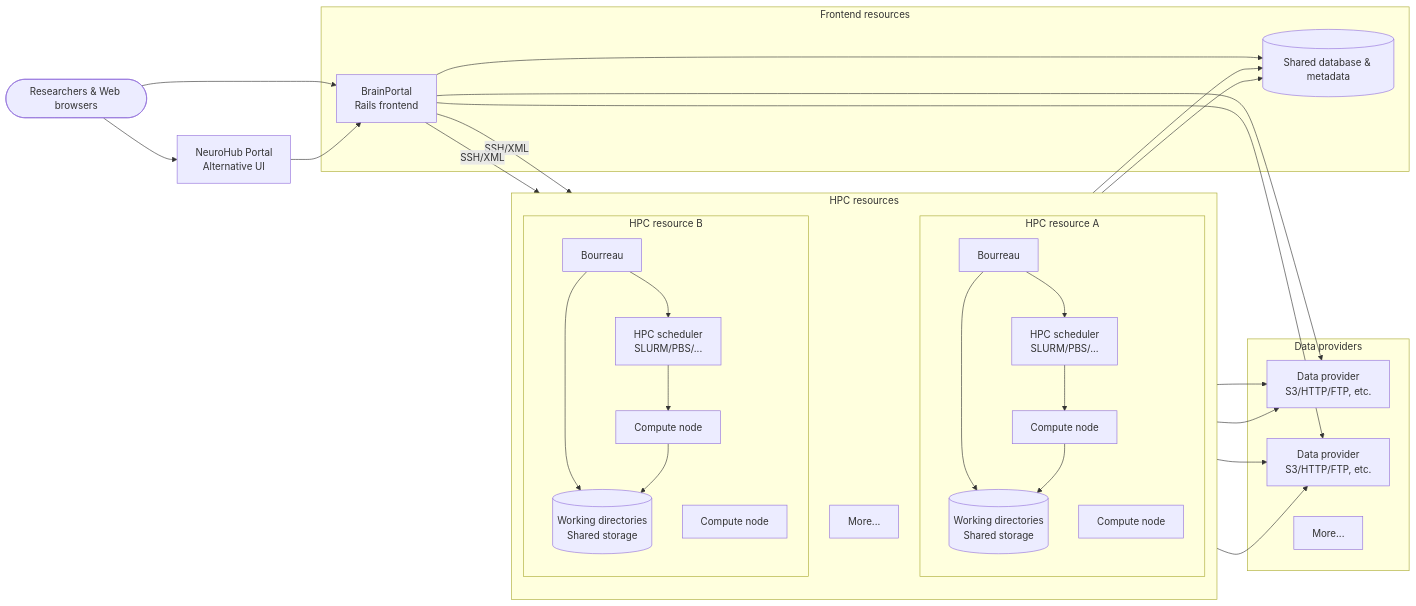
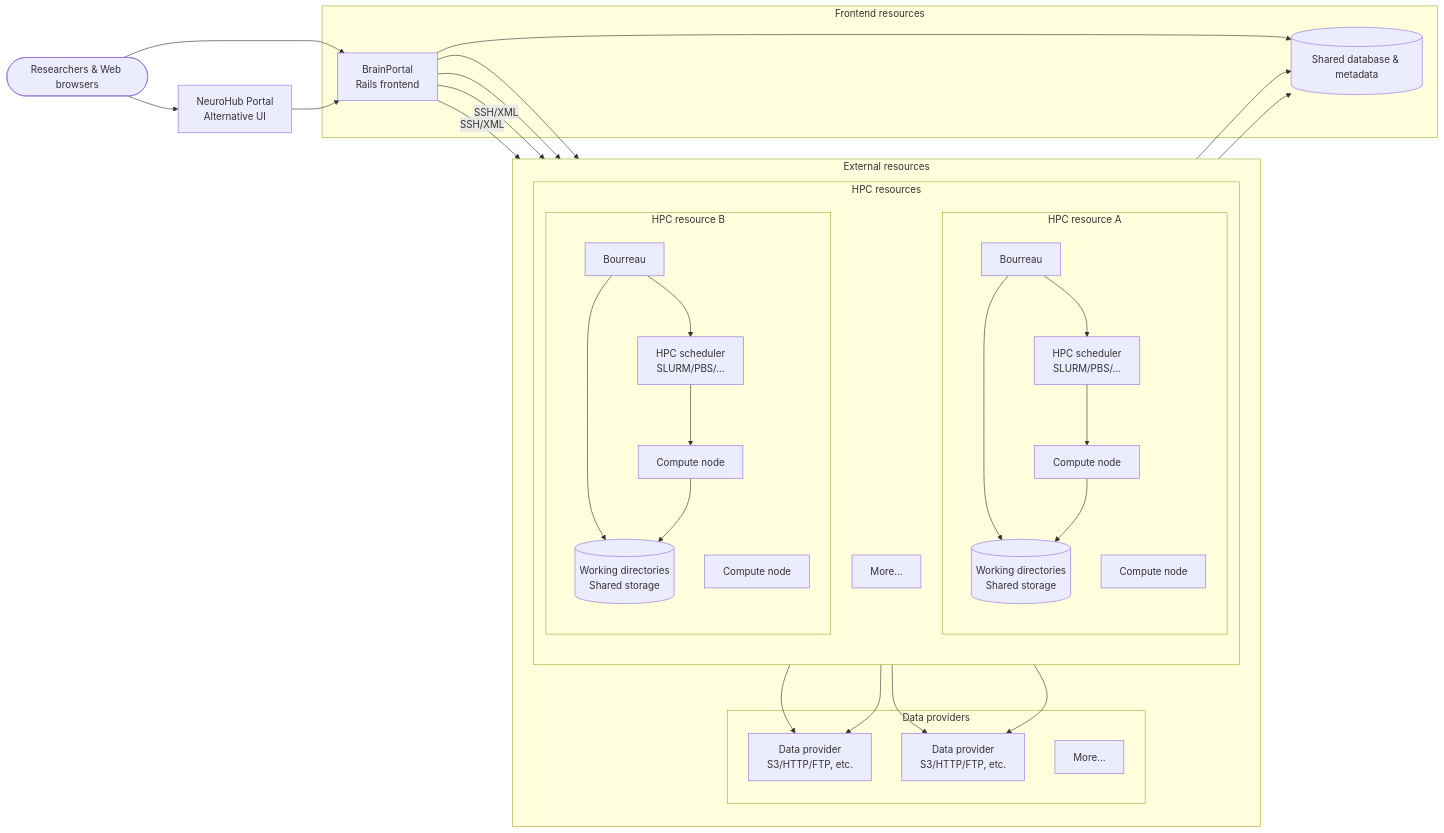
Before and after one commit to aces/cbrain: the diagram in README.md, drawn with Mermaid.

Commit message:
Group external resources in diagram

````diff
--- a/README.md
+++ b/README.md
@@ -25,53 +25,56 @@
 ```mermaid
 flowchart LR
   Users([Researchers & Web browsers])
   NH[NeuroHub Portal<br/>Alternative UI]
   subgraph Frontend[Frontend resources]
     BP[BrainPortal<br/>Rails frontend]
     DB[(Shared database & metadata)]
   end
-  subgraph DataProviders[Data providers]
-    DP1[Data provider<br/>S3/HTTP/FTP, etc.]
-    DP2[Data provider<br/>S3/HTTP/FTP, etc.]
-    DP3[More...]
-  end
-  subgraph HPCResources[HPC resources]
+  subgraph ExternalResources[External resources]
     direction TB
-    subgraph ResourceA[HPC resource A]
-      BO1[Bourreau]
-      Sched1[HPC scheduler<br/>SLURM/PBS/...]
-      Compute1[Compute node]
-      Compute2[Compute node]
-      Scratch1[(Working directories<br/>Shared storage)]
+    subgraph DataProviders[Data providers]
+      DP1[Data provider<br/>S3/HTTP/FTP, etc.]
+      DP2[Data provider<br/>S3/HTTP/FTP, etc.]
+      DP3[More...]
     end
-    subgraph ResourceB[HPC resource B]
-      BO2[Bourreau]
-      Sched2[HPC scheduler<br/>SLURM/PBS/...]
-      Compute3[Compute node]
-      Compute4[Compute node]
-      Scratch2[(Working directories<br/>Shared storage)]
+    subgraph HPCResources[HPC resources]
+      direction TB
+      subgraph ResourceA[HPC resource A]
+        BO1[Bourreau]
+        Sched1[HPC scheduler<br/>SLURM/PBS/...]
+        Compute1[Compute node]
+        Compute2[Compute node]
+        Scratch1[(Working directories<br/>Shared storage)]
+      end
+      subgraph ResourceB[HPC resource B]
+        BO2[Bourreau]
+        Sched2[HPC scheduler<br/>SLURM/PBS/...]
+        Compute3[Compute node]
+        Compute4[Compute node]
+        Scratch2[(Working directories<br/>Shared storage)]
+      end
+      ResourceMore[More...]
     end
-    ResourceMore[More...]
   end
 
   Users --> BP
   Users --> NH
   NH --> BP
   BP --> DB
   BP --> DP1
   BP --> DP2
   BP -->|SSH/XML| BO1
   BP -->|SSH/XML| BO2
   BO1 --> DP1
   BO1 --> DP2
   BO2 --> DP1
   BO2 --> DP2
   BO1 --> DB
   BO2 --> DB
   BO1 --> Sched1 --> Compute1
   BO2 --> Sched2 --> Compute3
   BO1 --> Scratch1
   BO2 --> Scratch2
   Compute1 --> Scratch1
   Compute3 --> Scratch2
 ```
````
